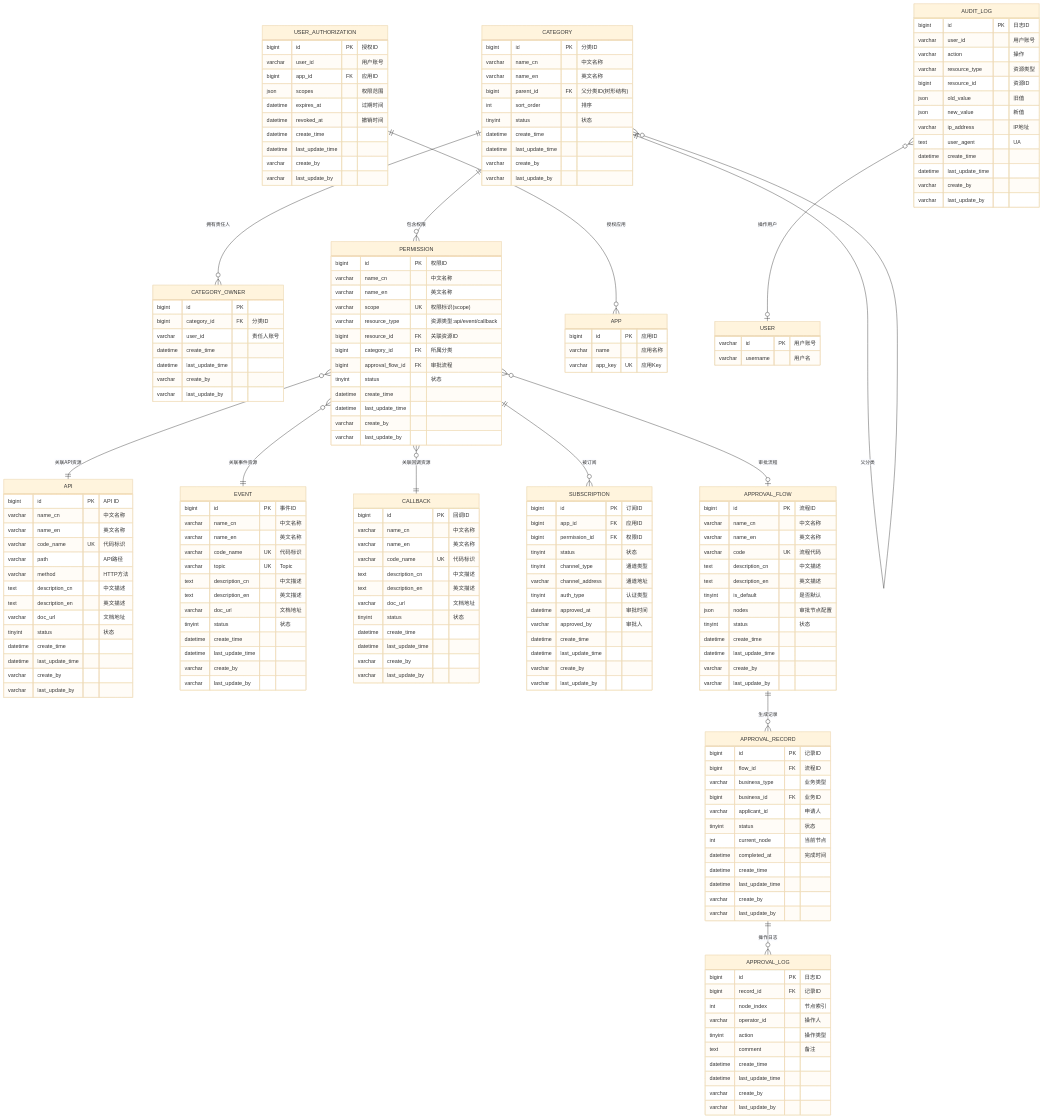
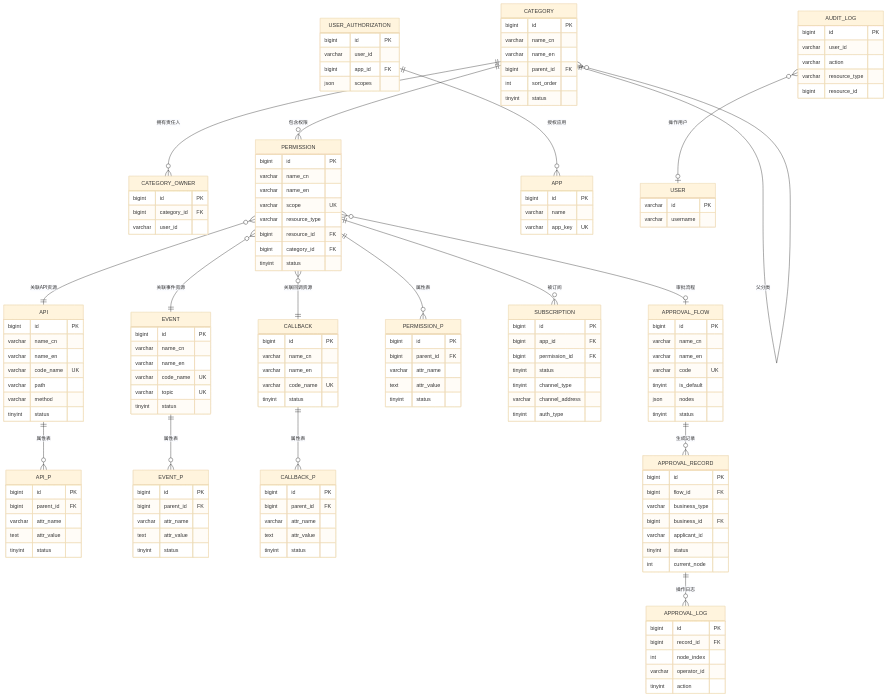
The sixth of 6 diagrams in .sddu/specs-tree-root/specs-tree-capability-open-platform/plan.md (THZSummer/open-app), drawn with Mermaid (base theme) before and after one commit. The commit also changed other lines of this file, not shown here.

Commit message:
refactor(plan): 采用主表+属性表设计模式重构表结构
核心变更：
- 主表存储列表展示和搜索条件字段
- 属性表存储详情字段和扩展属性（KV 模式）

新增属性表（4 个）：
- openplatform_api_p_t: API 资源属性表
- openplatform_event_p_t: 事件资源属性表
- openplatform_callback_p_t: 回调资源属性表
- openplatform_permission_p_t: 权限资源属性表

主表字段调整（移除详情字段）：
- API: 移除 description_cn/en, doc_url
- Event: 移除 description_cn/en, doc_url
- Callback: 移除 description_cn/en, doc_url
- Permission: 移除 description_cn/en, doc_url, approval_flow_id

属性表规范：
- 表名格式：{前缀}_{业务对象名}_p_t
- 必备字段：id, parent_id, attr_name, attr_value, status, 四个审计字段

ER 图简化：
- 属性表只展示核心字段
- 添加主表与属性表关联关系

总表数：16 个（主表 12 个 + 属性表 4 个）

````diff
--- a/.sddu/specs-tree-root/specs-tree-capability-open-platform/plan.md
+++ b/.sddu/specs-tree-root/specs-tree-capability-open-platform/plan.md
@@ -587,6 +587,11 @@
     PERMISSION }o--|| API : "关联API资源"
     PERMISSION }o--|| EVENT : "关联事件资源"
     PERMISSION }o--|| CALLBACK : "关联回调资源"
+    
+    API ||--o{ API_P : "属性表"
+    EVENT ||--o{ EVENT_P : "属性表"
+    CALLBACK ||--o{ CALLBACK_P : "属性表"
+    PERMISSION ||--o{ PERMISSION_P : "属性表"
     
     PERMISSION ||--o{ SUBSCRIPTION : "被订阅"
     PERMISSION }o--o| APPROVAL_FLOW : "审批流程"
@@ -599,189 +604,151 @@
     AUDIT_LOG }o--o| USER : "操作用户"
 
     CATEGORY {
-        bigint id PK "分类ID"
-        varchar name_cn "中文名称"
-        varchar name_en "英文名称"
-        bigint parent_id FK "父分类ID(树形结构)"
-        int sort_order "排序"
-        tinyint status "状态"
-        datetime create_time
-        datetime last_update_time
-        varchar create_by
-        varchar last_update_by
+        bigint id PK
+        varchar name_cn
+        varchar name_en
+        bigint parent_id FK
+        int sort_order
+        tinyint status
     }
     
     CATEGORY_OWNER {
         bigint id PK
-        bigint category_id FK "分类ID"
-        varchar user_id "责任人账号"
-        datetime create_time
-        datetime last_update_time
-        varchar create_by
-        varchar last_update_by
+        bigint category_id FK
+        varchar user_id
+    }
+    
+    API {
+        bigint id PK
+        varchar name_cn
+        varchar name_en
+        varchar code_name UK
+        varchar path
+        varchar method
+        tinyint status
+    }
+    
+    API_P {
+        bigint id PK
+        bigint parent_id FK
+        varchar attr_name
+        text attr_value
+        tinyint status
+    }
+    
+    EVENT {
+        bigint id PK
+        varchar name_cn
+        varchar name_en
+        varchar code_name UK
+        varchar topic UK
+        tinyint status
+    }
+    
+    EVENT_P {
+        bigint id PK
+        bigint parent_id FK
+        varchar attr_name
+        text attr_value
+        tinyint status
+    }
+    
+    CALLBACK {
+        bigint id PK
+        varchar name_cn
+        varchar name_en
+        varchar code_name UK
+        tinyint status
+    }
+    
+    CALLBACK_P {
+        bigint id PK
+        bigint parent_id FK
+        varchar attr_name
+        text attr_value
+        tinyint status
     }
     
     PERMISSION {
-        bigint id PK "权限ID"
-        varchar name_cn "中文名称"
-        varchar name_en "英文名称"
-        varchar scope UK "权限标识(scope)"
-        varchar resource_type "资源类型:api/event/callback"
-        bigint resource_id FK "关联资源ID"
-        bigint category_id FK "所属分类"
-        bigint approval_flow_id FK "审批流程"
-        tinyint status "状态"
-        datetime create_time
-        datetime last_update_time
-        varchar create_by
-        varchar last_update_by
+        bigint id PK
+        varchar name_cn
+        varchar name_en
+        varchar scope UK
+        varchar resource_type
+        bigint resource_id FK
+        bigint category_id FK
+        tinyint status
     }
     
-    API {
-        bigint id PK "API ID"
-        varchar name_cn "中文名称"
-        varchar name_en "英文名称"
-        varchar code_name UK "代码标识"
-        varchar path "API路径"
-        varchar method "HTTP方法"
-        text description_cn "中文描述"
-        text description_en "英文描述"
-        varchar doc_url "文档地址"
-        tinyint status "状态"
-        datetime create_time
-        datetime last_update_time
-        varchar create_by
-        varchar last_update_by
-    }
-    
-    EVENT {
-        bigint id PK "事件ID"
-        varchar name_cn "中文名称"
-        varchar name_en "英文名称"
-        varchar code_name UK "代码标识"
-        varchar topic UK "Topic"
-        text description_cn "中文描述"
-        text description_en "英文描述"
-        varchar doc_url "文档地址"
-        tinyint status "状态"
-        datetime create_time
-        datetime last_update_time
-        varchar create_by
-        varchar last_update_by
-    }
-    
-    CALLBACK {
-        bigint id PK "回调ID"
-        varchar name_cn "中文名称"
-        varchar name_en "英文名称"
-        varchar code_name UK "代码标识"
-        text description_cn "中文描述"
-        text description_en "英文描述"
-        varchar doc_url "文档地址"
-        tinyint status "状态"
-        datetime create_time
-        datetime last_update_time
-        varchar create_by
-        varchar last_update_by
+    PERMISSION_P {
+        bigint id PK
+        bigint parent_id FK
+        varchar attr_name
+        text attr_value
+        tinyint status
     }
     
     SUBSCRIPTION {
-        bigint id PK "订阅ID"
-        bigint app_id FK "应用ID"
-        bigint permission_id FK "权限ID"
-        tinyint status "状态"
-        tinyint channel_type "通道类型"
-        varchar channel_address "通道地址"
-        tinyint auth_type "认证类型"
-        datetime approved_at "审批时间"
-        varchar approved_by "审批人"
-        datetime create_time
-        datetime last_update_time
-        varchar create_by
-        varchar last_update_by
+        bigint id PK
+        bigint app_id FK
+        bigint permission_id FK
+        tinyint status
+        tinyint channel_type
+        varchar channel_address
+        tinyint auth_type
     }
     
     APPROVAL_FLOW {
-        bigint id PK "流程ID"
-        varchar name_cn "中文名称"
-        varchar name_en "英文名称"
-        varchar code UK "流程代码"
-        text description_cn "中文描述"
-        text description_en "英文描述"
-        tinyint is_default "是否默认"
-        json nodes "审批节点配置"
-        tinyint status "状态"
-        datetime create_time
-        datetime last_update_time
-        varchar create_by
-        varchar last_update_by
+        bigint id PK
+        varchar name_cn
+        varchar name_en
+        varchar code UK
+        tinyint is_default
+        json nodes
+        tinyint status
     }
     
     APPROVAL_RECORD {
-        bigint id PK "记录ID"
-        bigint flow_id FK "流程ID"
-        varchar business_type "业务类型"
-        bigint business_id FK "业务ID"
-        varchar applicant_id "申请人"
-        tinyint status "状态"
-        int current_node "当前节点"
-        datetime completed_at "完成时间"
-        datetime create_time
-        datetime last_update_time
-        varchar create_by
-        varchar last_update_by
+        bigint id PK
+        bigint flow_id FK
+        varchar business_type
+        bigint business_id FK
+        varchar applicant_id
+        tinyint status
+        int current_node
     }
     
     APPROVAL_LOG {
-        bigint id PK "日志ID"
-        bigint record_id FK "记录ID"
-        int node_index "节点索引"
-        varchar operator_id "操作人"
-        tinyint action "操作类型"
-        text comment "备注"
-        datetime create_time
-        datetime last_update_time
-        varchar create_by
-        varchar last_update_by
+        bigint id PK
+        bigint record_id FK
+        int node_index
+        varchar operator_id
+        tinyint action
     }
     
     USER_AUTHORIZATION {
-        bigint id PK "授权ID"
-        varchar user_id "用户账号"
-        bigint app_id FK "应用ID"
-        json scopes "权限范围"
-        datetime expires_at "过期时间"
-        datetime revoked_at "撤销时间"
-        datetime create_time
-        datetime last_update_time
-        varchar create_by
-        varchar last_update_by
+        bigint id PK
+        varchar user_id
+        bigint app_id FK
+        json scopes
     }
     
     AUDIT_LOG {
-        bigint id PK "日志ID"
-        varchar user_id "用户账号"
-        varchar action "操作"
-        varchar resource_type "资源类型"
-        bigint resource_id "资源ID"
-        json old_value "旧值"
-        json new_value "新值"
-        varchar ip_address "IP地址"
-        text user_agent "UA"
-        datetime create_time
-        datetime last_update_time
-        varchar create_by
-        varchar last_update_by
+        bigint id PK
+        varchar user_id
+        varchar action
+        varchar resource_type
+        bigint resource_id
     }
     
     APP {
-        bigint id PK "应用ID"
-        varchar name "应用名称"
-        varchar app_key UK "应用Key"
+        bigint id PK
+        varchar name
+        varchar app_key UK
     }
     
     USER {
-        varchar id PK "用户账号"
-        varchar username "用户名"
+        varchar id PK
+        varchar username
     }
 ```
````
